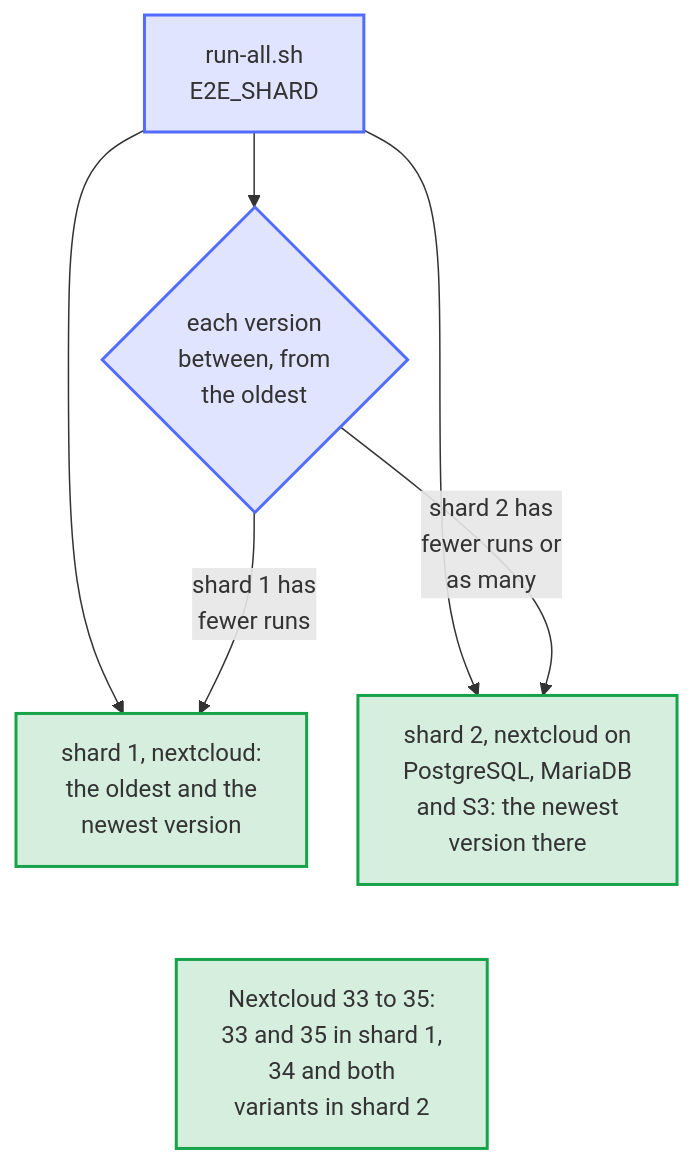
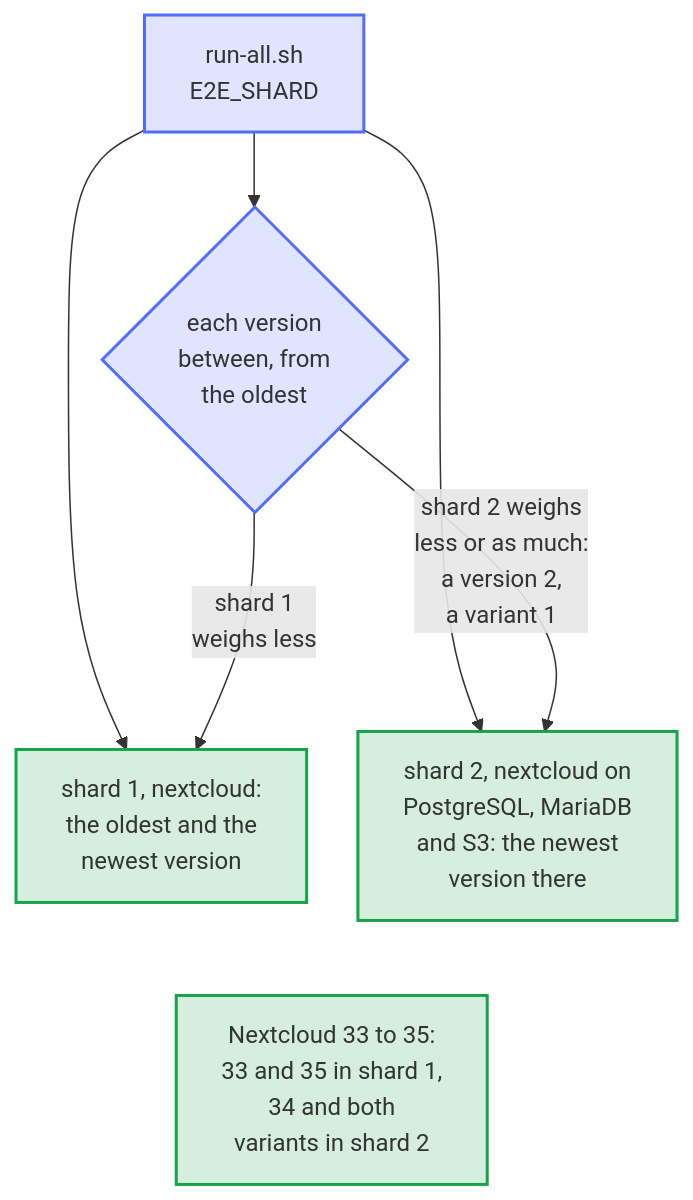
The diagram in docs/diagrams/how-the-two-jobs-share-the-runs.mmd (Dennis-Otto/paperless-sync), drawn with Mermaid before and after one commit. The commit also changed 11 other files, not shown here.

First line of the commit message:
ci: weigh the versions with browser checks when the shards split the runs

```diff
--- a/docs/diagrams/how-the-two-jobs-share-the-runs.mmd
+++ b/docs/diagrams/how-the-two-jobs-share-the-runs.mmd
@@ -1,28 +1,28 @@
 ---
 config:
   flowchart:
     nodeSpacing: 24
     wrappingWidth: 240
 ---
 flowchart TB
     accTitle: How the two jobs share the runs
-    accDescr: run-all.sh splits the runs of the suite into two shards, one for each required check, which runs its runs side by side on a runner of its own. Shard 1, the check nextcloud, holds the oldest and the newest supported version; shard 2, the check nextcloud on PostgreSQL, MariaDB and S3, holds the newest version on PostgreSQL and on MariaDB with S3, when the change can behave differently there. Each version between goes, from the oldest, to the shard with fewer runs, and to shard 2 when both have as many. With Nextcloud 33 to 35, shard 1 runs 33 and 35 and shard 2 runs 34 and both variants.
+    accDescr: run-all.sh splits the runs of the suite into two shards, one for each required check, which runs its runs side by side on a runner of its own. Shard 1, the check nextcloud, holds the oldest and the newest supported version; shard 2, the check nextcloud on PostgreSQL, MariaDB and S3, holds the newest version on PostgreSQL and on MariaDB with S3, when the change can behave differently there. Each version between goes, from the oldest, to the shard with the lighter load, where a version with its browser checks counts as two runs and a variant as one, and to shard 2 when both weigh as much. With Nextcloud 33 to 35, shard 1 runs 33 and 35 and shard 2 runs 34 and both variants.
 
     all["run-all.sh<br>E2E_SHARD"]
     between{"each version<br>between, from<br>the oldest"}
     first["shard 1, nextcloud:<br>the oldest and the<br>newest version"]
     second["shard 2, nextcloud on<br>PostgreSQL, MariaDB<br>and S3: the newest<br>version there"]
     example["Nextcloud 33 to 35:<br>33 and 35 in shard 1,<br>34 and both<br>variants in shard 2"]
 
     all --> first
     all --> second
     all --> between
-    between -- "shard 2 has<br>fewer runs or<br>as many" --> second
-    between -- "shard 1 has<br>fewer runs" --> first
+    between -- "shard 2 weighs<br>less or as much:<br>a version 2,<br>a variant 1" --> second
+    between -- "shard 1<br>weighs less" --> first
     first ~~~ example
     second ~~~ example
 
     classDef bot fill:#526cfe2e,stroke:#526cfe,stroke-width:2px
     classDef done fill:#16a34a2e,stroke:#16a34a,stroke-width:2px
     class all,between bot
     class first,second,example done
```
